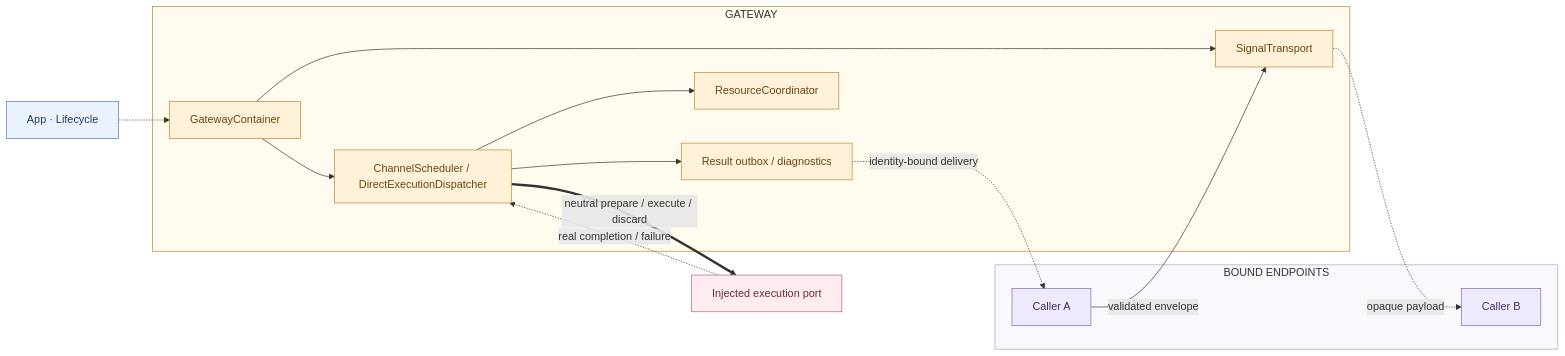
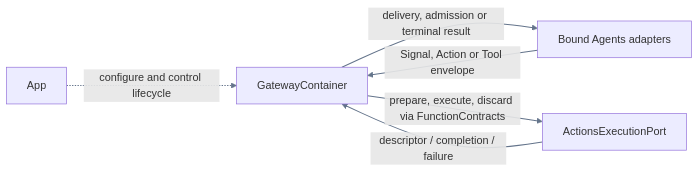
The first of 2 diagrams in MobileHarness/Gateway/README.md (devilyouwei/MobileHarness), drawn with Mermaid before and after one commit. The commit also changed other lines of this file and 115 other files, not shown here.

````diff
--- a/MobileHarness/Gateway/README.md
+++ b/MobileHarness/Gateway/README.md
@@ -11,29 +11,9 @@
 ```mermaid
 flowchart LR
-    App["App · Lifecycle"] -.-> G
-    subgraph Callers["BOUND ENDPOINTS"]
-        A["Caller A"]
-        B["Caller B"]
-    end
-    subgraph Coordination["GATEWAY"]
-        G["GatewayContainer"] --> T["SignalTransport"]
-        G --> Q["ChannelScheduler / DirectExecutionDispatcher"]
-        Q --> R["ResourceCoordinator"]
-        Q --> O["Result outbox / diagnostics"]
-    end
-    A -->|validated envelope| T
-    T -.->|opaque payload| B
-    Q ==>|neutral prepare / execute / discard| X["Injected execution port"]
-    X -.->|real completion / failure| Q
-    O -.->|identity-bound delivery| A
-    classDef host fill:#eaf2ff,stroke:#5078b8,color:#203b64
-    classDef agent fill:#f0eaff,stroke:#8261b5,color:#463065
-    classDef gateway fill:#fff2d9,stroke:#bf842c,color:#694511
-    classDef action fill:#ffecef,stroke:#b86178,color:#6b2b3d
-    class App host
-    class A,B agent
-    class G,T,Q,R,O gateway
-    class X action
-    style Coordination fill:#fffbef,stroke:#bf842c
-    style Callers fill:#faf7fd,stroke:#b1a0c4
+    App["App"] -.->|configure and control lifecycle| G["GatewayContainer"]
+    Agent["Bound Agents adapters"] -->|Signal, Action or Tool envelope| G
+    G -->|delivery, admission or terminal result| Agent
+    G -->|prepare, execute, discard via FunctionContracts| X["ActionsExecutionPort"]
+    X -->|descriptor / completion / failure| G
+    linkStyle default stroke:#64748b,stroke-width:1.5px
 ```
````
